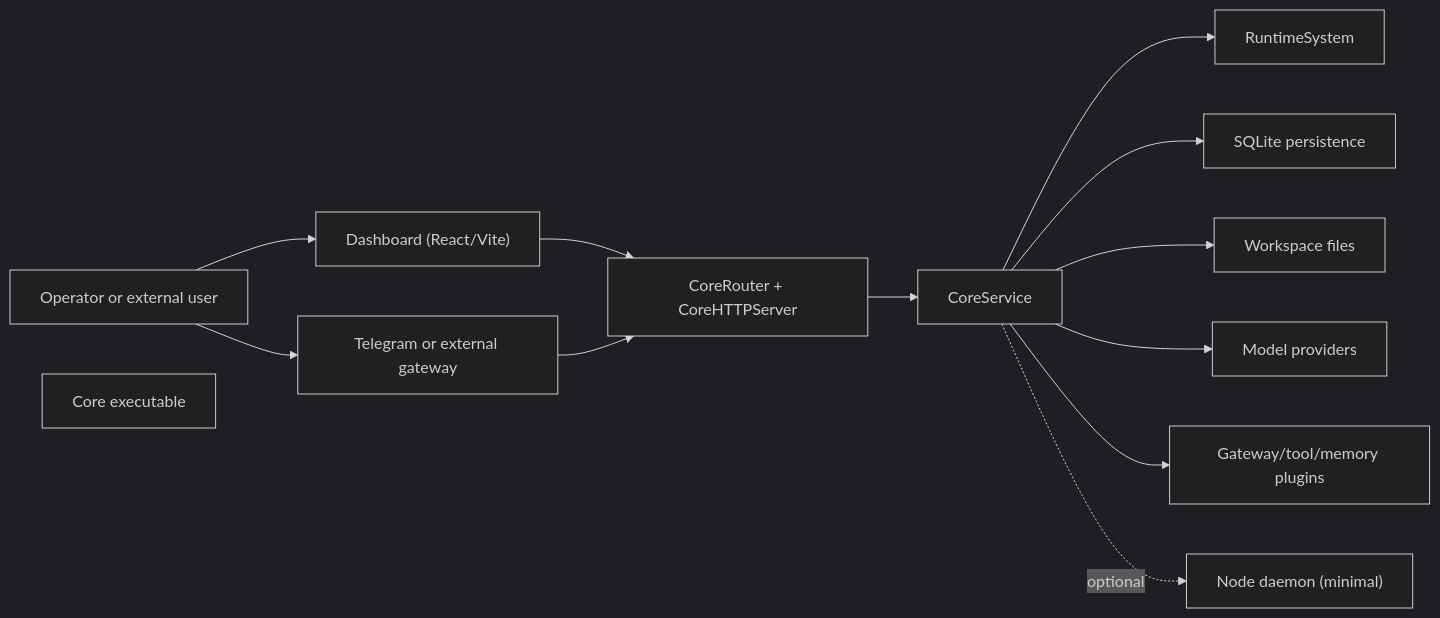
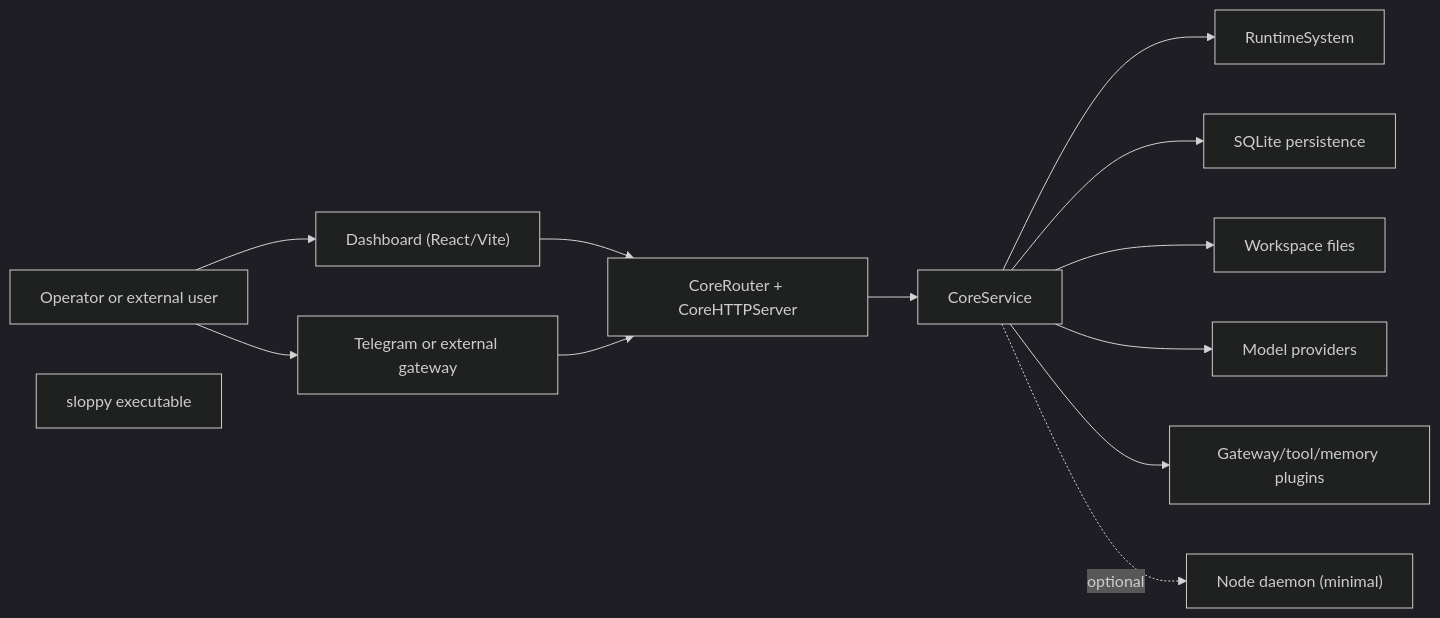
One commit to TeamSloppy/Sloppy changed the first of 2 diagrams in docs/architecture/project-design.md. Above: the diagram before and after it, drawn with Mermaid (dark theme). The commit also changed other lines of this file and 207 other files, not shown here.

Commit message:
Rename Core to sloppy across codebase and docs

````diff
--- a/docs/architecture/project-design.md
+++ b/docs/architecture/project-design.md
@@ -37,27 +37,27 @@
 ```mermaid
 flowchart LR
     User["Operator or external user"]
     Dashboard["Dashboard (React/Vite)"]
     Telegram["Telegram or external gateway"]
-    Core["Core executable"]
+    Core["sloppy executable"]
     Router["CoreRouter + CoreHTTPServer"]
     Service["CoreService"]
     Runtime["RuntimeSystem"]
     SQLite["SQLite persistence"]
     Files["Workspace files"]
     Models["Model providers"]
     Plugins["Gateway/tool/memory plugins"]
     Node["Node daemon (minimal)"]
 
     User --> Dashboard
     User --> Telegram
     Dashboard --> Router
     Telegram --> Router
     Router --> Service
     Service --> Runtime
     Service --> SQLite
     Service --> Files
     Service --> Models
     Service --> Plugins
     Service -. optional .-> Node
 ```
````
